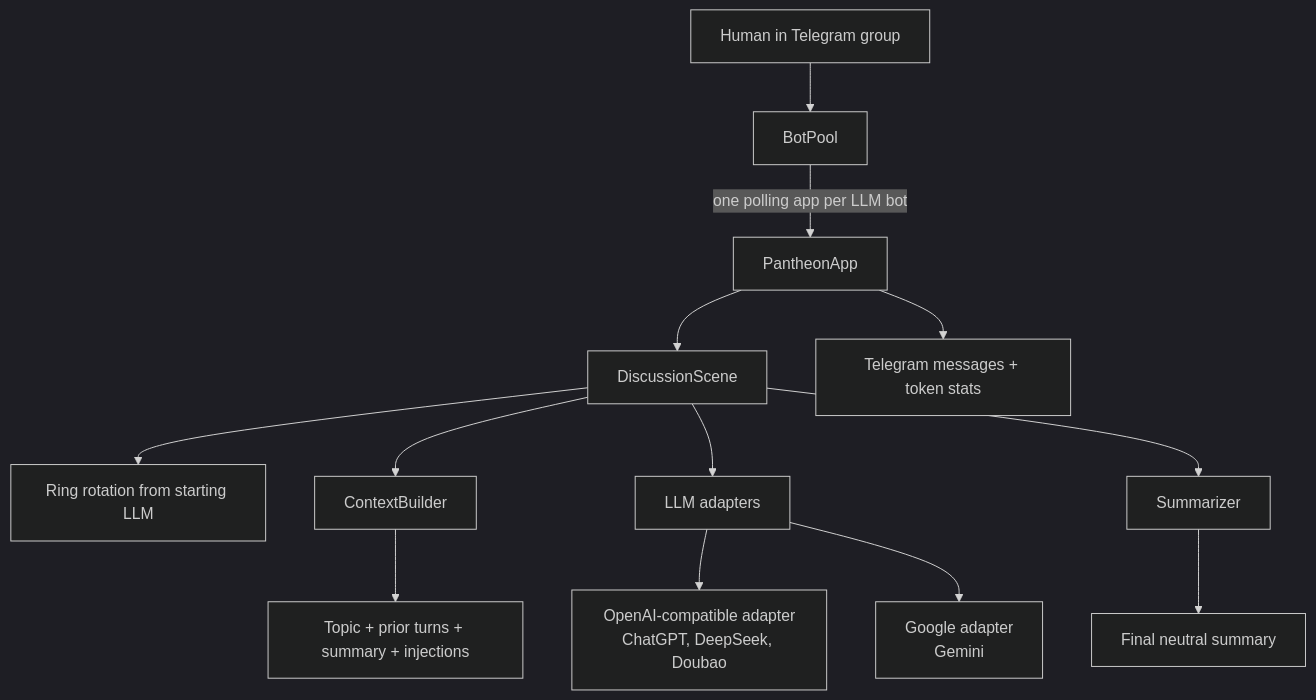
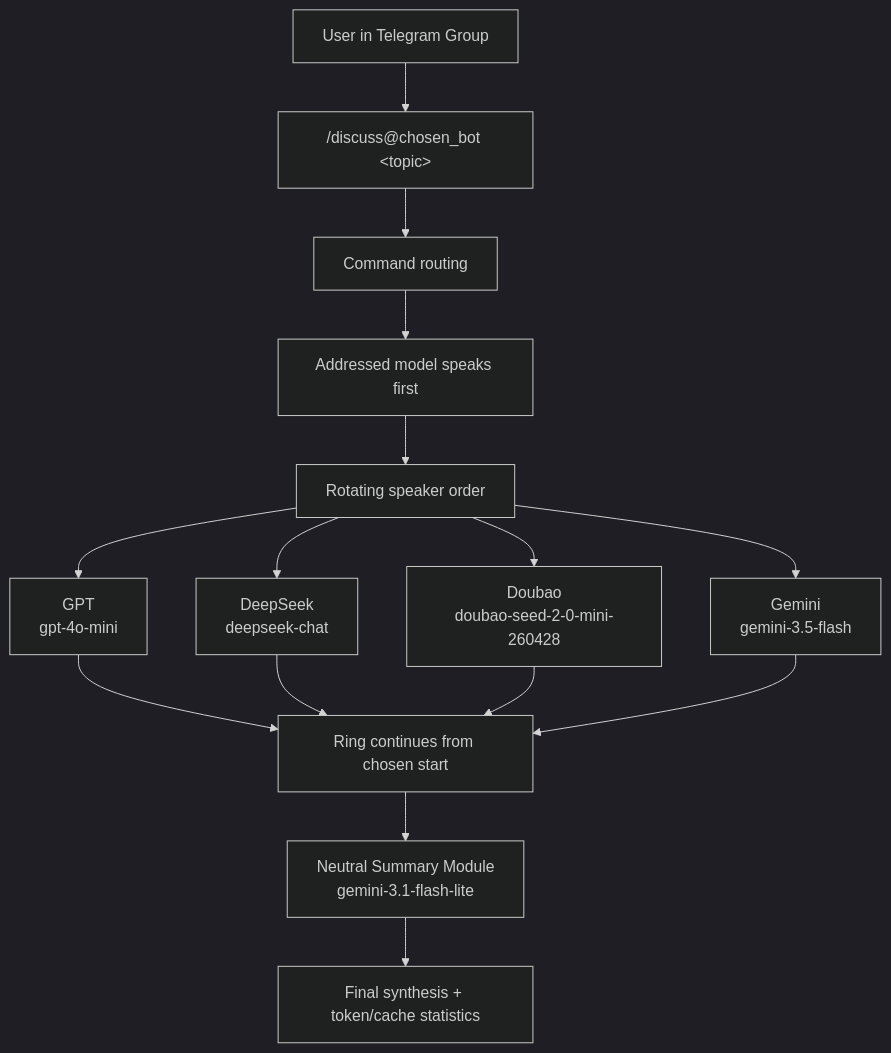
Before and after one commit to yusongcao2004/pantheon-llm-roundtable: the diagram in README.md, drawn with Mermaid (dark theme). The commit also changed other lines of this file, not shown here.

````diff
--- a/README.md
+++ b/README.md
@@ -45,15 +47,20 @@
 ```mermaid
 flowchart TD
-    U["Human in Telegram group"] --> P["BotPool"]
-    P -->|"one polling app per LLM bot"| A["PantheonApp"]
-    A --> D["DiscussionScene"]
-    D --> R["Ring rotation from starting LLM"]
-    D --> C["ContextBuilder"]
-    C --> W["Topic + prior turns + summary + injections"]
-    D --> L["LLM adapters"]
-    L --> O["OpenAI-compatible adapter<br/>ChatGPT, DeepSeek, Doubao"]
-    L --> G["Google adapter<br/>Gemini"]
-    D --> S["Summarizer"]
-    S --> F["Final neutral summary"]
-    A --> T["Telegram messages + token stats"]
+    U["User in Telegram Group"] --> CMD["/discuss@chosen_bot &lt;topic&gt;"]
+    CMD --> ROUTE["Command routing"]
+    ROUTE --> START["Addressed model speaks first"]
+    START --> ORDER["Rotating speaker order"]
+
+    ORDER --> GPT["GPT<br/>gpt-4o-mini"]
+    ORDER --> DS["DeepSeek<br/>deepseek-chat"]
+    ORDER --> DB["Doubao<br/>doubao-seed-2-0-mini-260428"]
+    ORDER --> GM["Gemini<br/>gemini-3.5-flash"]
+
+    GPT --> RING["Ring continues from chosen start"]
+    DS --> RING
+    DB --> RING
+    GM --> RING
+
+    RING --> SYN["Neutral Summary Module<br/>gemini-3.1-flash-lite"]
+    SYN --> OUT["Final synthesis + token/cache statistics"]
 ```
````
